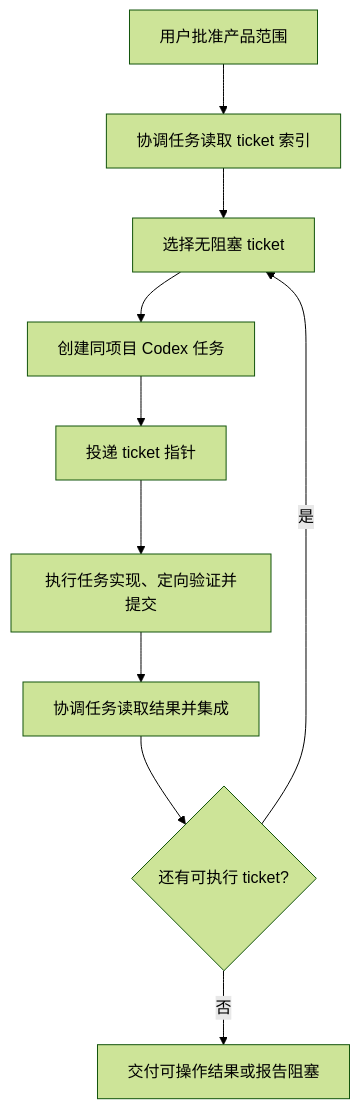
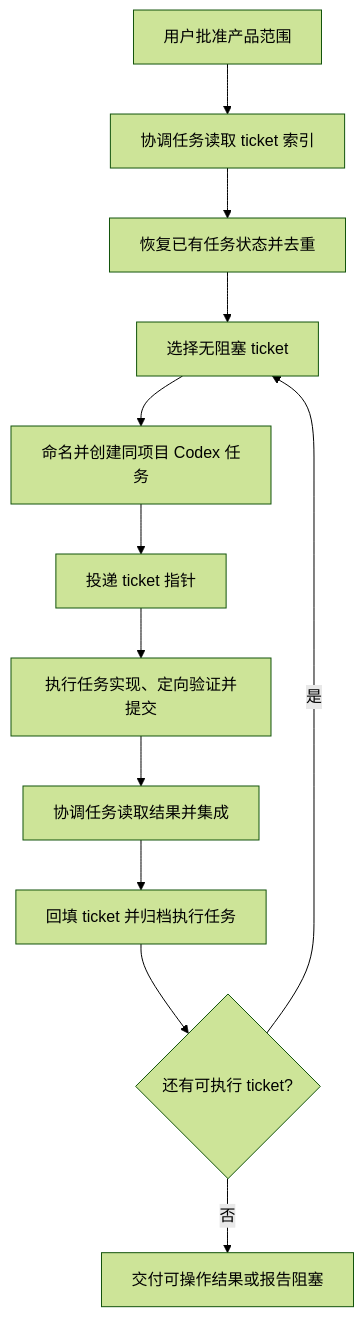
One commit to thevenomsnake/MAGA changed the diagram in playbooks/codex-ticket-orchestration.md. Above: the diagram before and after it, drawn with Mermaid (forest theme). The commit also changed other lines of this file and 2 other files, not shown here.

Commit message:
feat: manage Codex task lifecycle

````diff
--- a/playbooks/codex-ticket-orchestration.md
+++ b/playbooks/codex-ticket-orchestration.md
@@ -11,12 +11,14 @@
 ```mermaid
 flowchart TD
     A["用户批准产品范围"] --> B["协调任务读取 ticket 索引"]
-    B --> C["选择无阻塞 ticket"]
-    C --> D["创建同项目 Codex 任务"]
+    B --> R["恢复已有任务状态并去重"]
+    R --> C["选择无阻塞 ticket"]
+    C --> D["命名并创建同项目 Codex 任务"]
     D --> E["投递 ticket 指针"]
     E --> F["执行任务实现、定向验证并提交"]
     F --> G["协调任务读取结果并集成"]
-    G --> H{"还有可执行 ticket?"}
+    G --> J["回填 ticket 并归档执行任务"]
+    J --> H{"还有可执行 ticket?"}
     H -->|是| C
     H -->|否| I["交付可操作结果或报告阻塞"]
 ```
````
